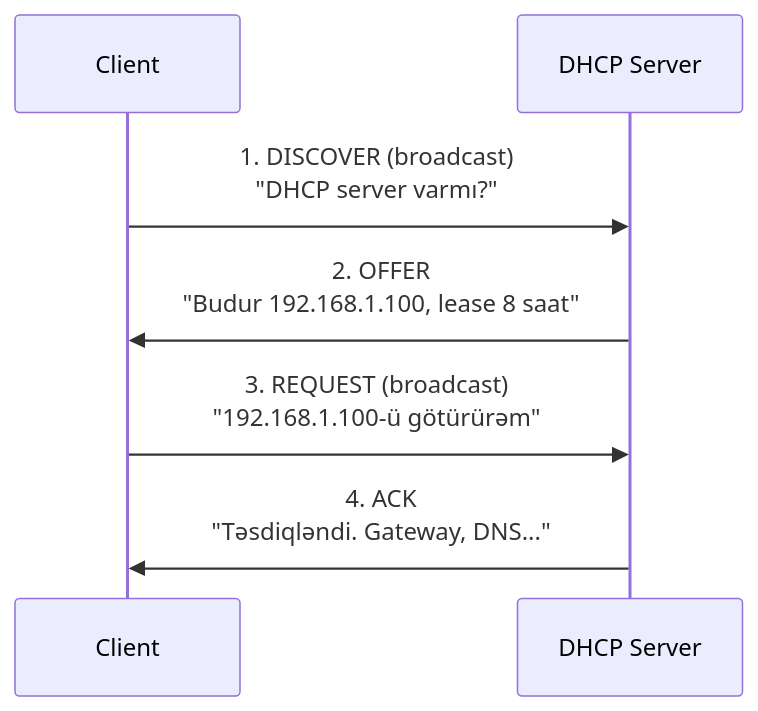
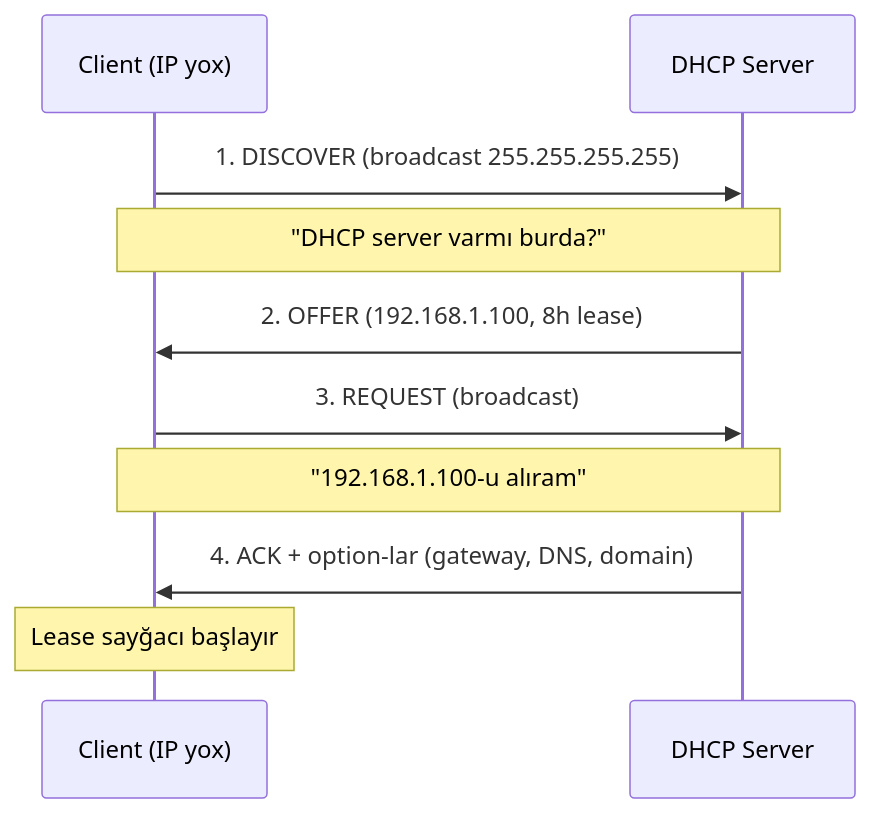
Before and after one commit to farzaliyevemil/infoseclessons: the diagram in i18n/az/docusaurus-plugin-content-docs/current/networking/dhcp.md, drawn with Mermaid. The commit also changed other lines of this file and 1 other file, not shown here.

First line of the commit message:
Rewrite DHCP lesson with richer content

````diff
--- a/i18n/az/docusaurus-plugin-content-docs/current/networking/dhcp.md
+++ b/i18n/az/docusaurus-plugin-content-docs/current/networking/dhcp.md
@@ -33,9 +33,12 @@
 ```mermaid
 sequenceDiagram
-    participant C as Client
+    participant C as Client (IP yox)
     participant S as DHCP Server
-    C->>S: 1. DISCOVER (broadcast)<br/>"DHCP server varmı?"
-    S->>C: 2. OFFER<br/>"Budur 192.168.1.100, lease 8 saat"
-    C->>S: 3. REQUEST (broadcast)<br/>"192.168.1.100-ü götürürəm"
-    S->>C: 4. ACK<br/>"Təsdiqləndi. Gateway, DNS..."
+    C->>S: 1. DISCOVER (broadcast 255.255.255.255)
+    Note over C,S: "DHCP server varmı burda?"
+    S->>C: 2. OFFER (192.168.1.100, 8h lease)
+    C->>S: 3. REQUEST (broadcast)
+    Note over C,S: "192.168.1.100-u alıram"
+    S->>C: 4. ACK + option-lar (gateway, DNS, domain)
+    Note over C: Lease sayğacı başlayır
 ```
````
